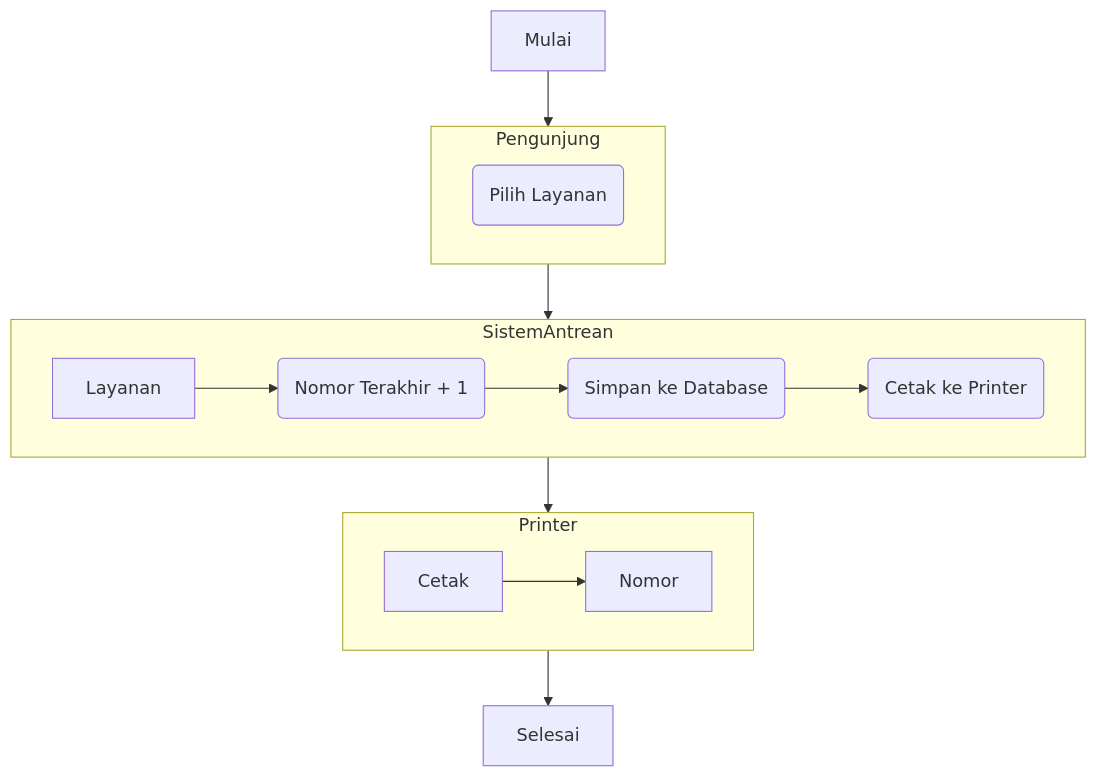
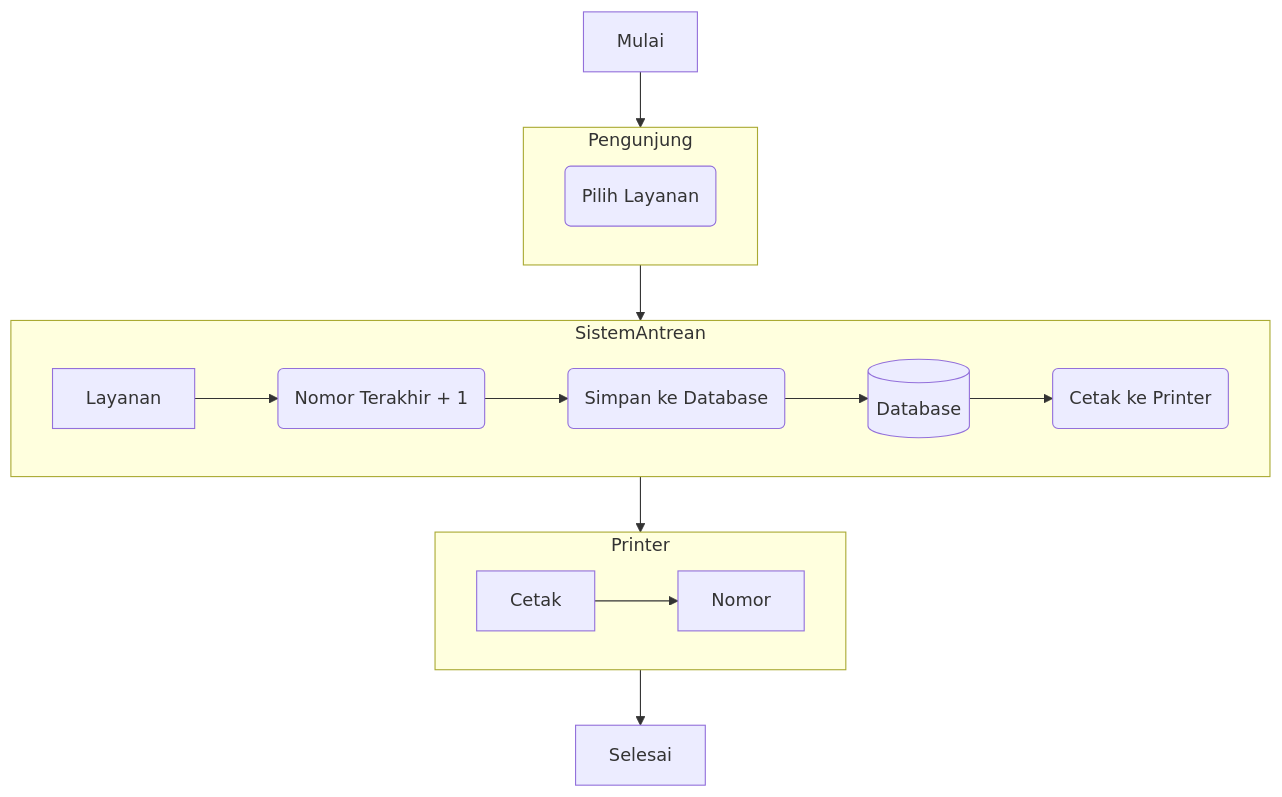
The diagram in flowchart_antrean_pengunjung.mmd (rezekikode/diagram), drawn with Mermaid before and after one commit.

```diff
--- a/flowchart_antrean_pengunjung.mmd
+++ b/flowchart_antrean_pengunjung.mmd
@@ -1,14 +1,14 @@
 flowchart TB
   Mulai-->Pengunjung
   Pengunjung-->SistemAntrean
   SistemAntrean-->Printer
   Printer-->Selesai
   subgraph Pengunjung
     p1("Pilih Layanan")
   end  
   subgraph SistemAntrean
-    Layanan-->s1("Nomor Terakhir + 1")-->s2("Simpan ke Database")-->s3("Cetak ke Printer")
+    Layanan-->s1("Nomor Terakhir + 1")-->s2("Simpan ke Database")-->db[(Database)]-->s3("Cetak ke Printer")
   end
   subgraph Printer
     Cetak-->Nomor
   end
```
